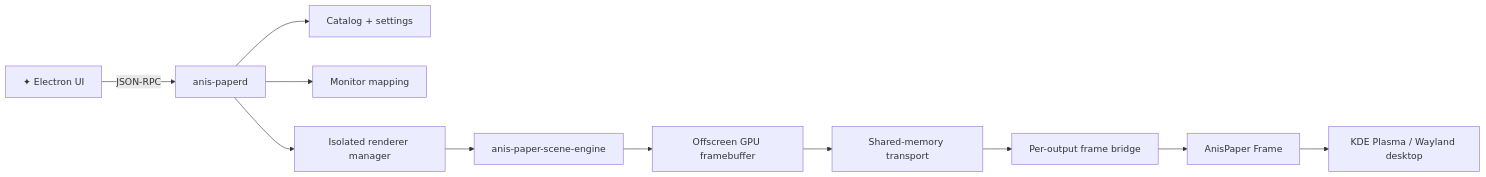
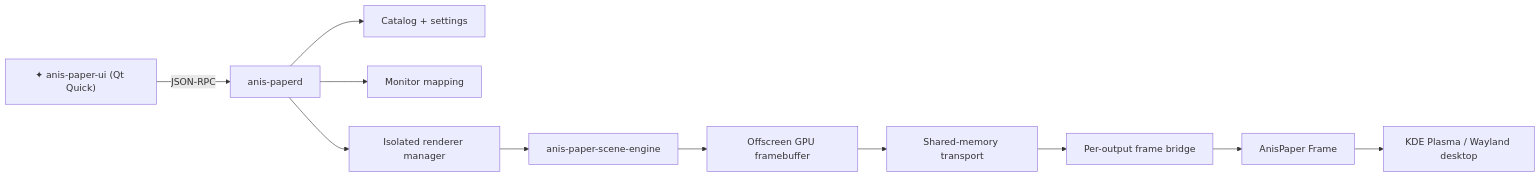
One commit to NixaXI/AnisPaper changed the diagram in README.md. Above: the diagram before and after it, drawn with Mermaid. The commit also changed other lines of this file and 12 other files, not shown here.

````diff
--- a/README.md
+++ b/README.md
@@ -115,13 +115,13 @@
 ```mermaid
 flowchart LR
-    UI["✦ Electron UI"] -->|"JSON-RPC"| D["anis-paperd"]
+    UI["✦ anis-paper-ui (Qt Quick)"] -->|"JSON-RPC"| D["anis-paperd"]
     D --> C["Catalog + settings"]
     D --> M["Monitor mapping"]
     D --> R["Isolated renderer manager"]
     R --> S["anis-paper-scene-engine"]
     S --> G["Offscreen GPU framebuffer"]
     G --> SHM["Shared-memory transport"]
     SHM --> B["Per-output frame bridge"]
     B --> P["AnisPaper Frame"]
     P --> K["KDE Plasma / Wayland desktop"]
 ```
````
